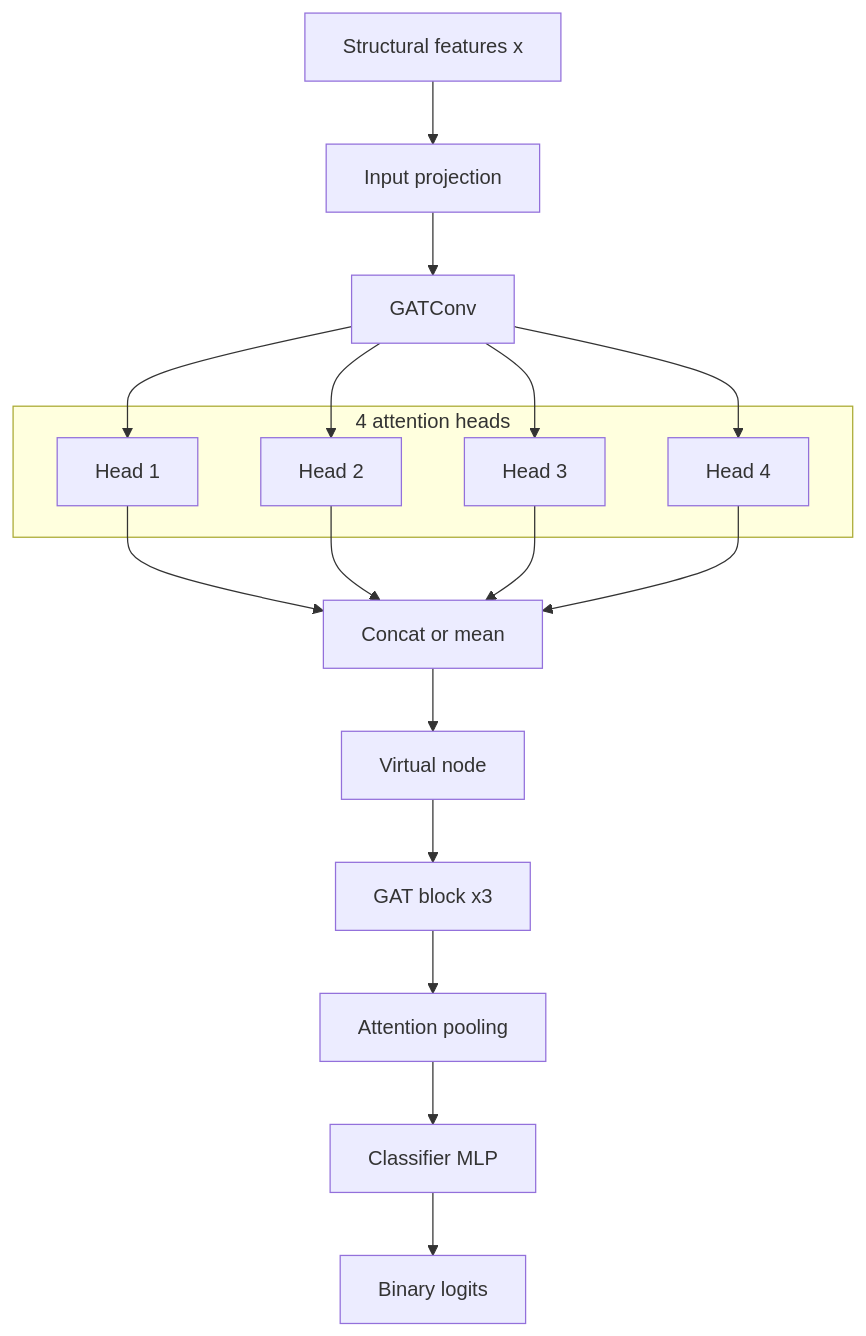
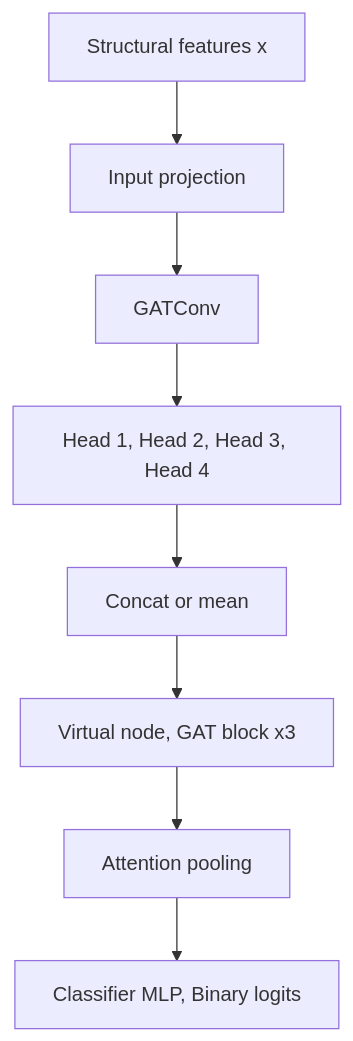
The third of 3 diagrams in README.md (pymlex/threads-gnn), drawn with Mermaid before and after one commit. The commit also changed other lines of this file, not shown here.

Commit message:
Compact mermaid encoder diagrams by merging linear node chains.

````diff
--- a/README.md
+++ b/README.md
@@ -320,24 +302,10 @@
 ```mermaid
 flowchart TB
     X["Structural features x"] --> Proj["Input projection"]
     Proj --> GAT["GATConv"]
-    subgraph Heads["4 attention heads"]
-        H1["Head 1"]
-        H2["Head 2"]
-        H3["Head 3"]
-        H4["Head 4"]
-    end
-    GAT --> H1
-    GAT --> H2
-    GAT --> H3
-    GAT --> H4
-    H1 --> Merge["Concat or mean"]
-    H2 --> Merge
-    H3 --> Merge
-    H4 --> Merge
-    Merge --> VN["Virtual node"]
-    VN --> GAT2["GAT block x3"]
-    GAT2 --> Pool["Attention pooling"]
-    Pool --> Head["Classifier MLP"]
-    Head --> Out["Binary logits"]
+    GAT --> Heads["Head 1, Head 2, Head 3, Head 4"]
+    Heads --> Merge["Concat or mean"]
+    Merge --> Enc["Virtual node, GAT block x3"]
+    Enc --> Pool["Attention pooling"]
+    Pool --> Out["Classifier MLP, Binary logits"]
 ```
````
